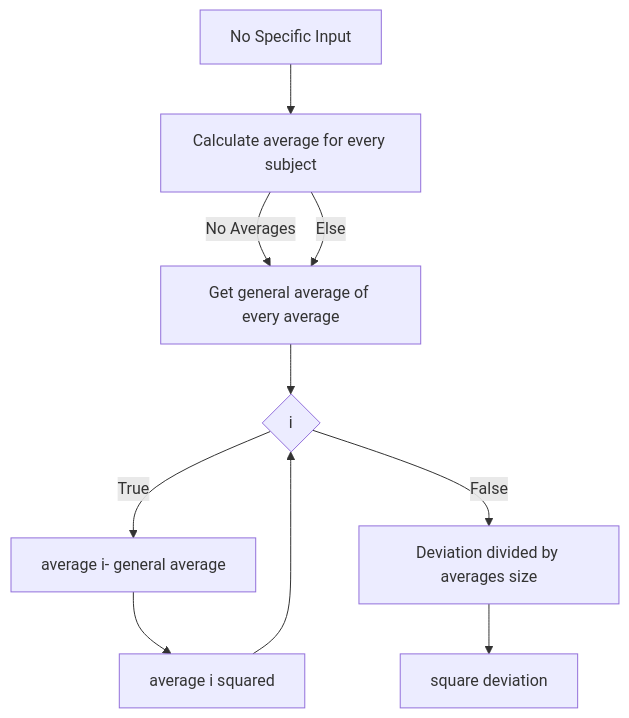
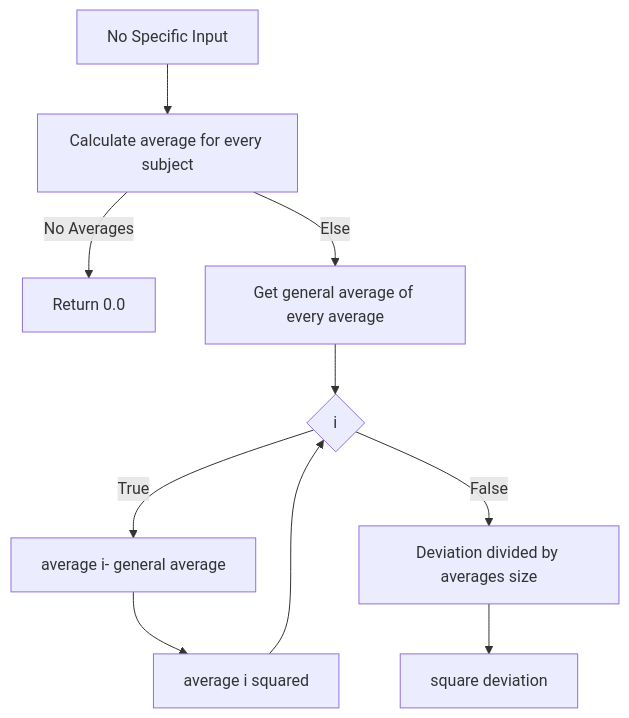
Before and after one commit to RockFreakRickerd/SameCodeDifferentLanguagues: the fifth of 6 diagrams in SchoolSystem/README.md, drawn with Mermaid.

````diff
--- a/SchoolSystem/README.md
+++ b/SchoolSystem/README.md
@@ -61,12 +61,12 @@
 ```mermaid
 flowchart TD
   A[No Specific Input] --> B[Calculate average for every subject];
-  B -- No Averages --> C[Return 0.0];
+  B -- No Averages --> I[Return 0.0];
   B -- Else --> C[Get general average of every average];
   C --> D{i <Averages.size};
   D -- True --> F[average i- general average];
   F --> G[average i squared];
   G --> D{i <Averages.size};  
   D -- False --> E[Deviation divided by averages size];
   E --> H[square deviation];
 ```
````
